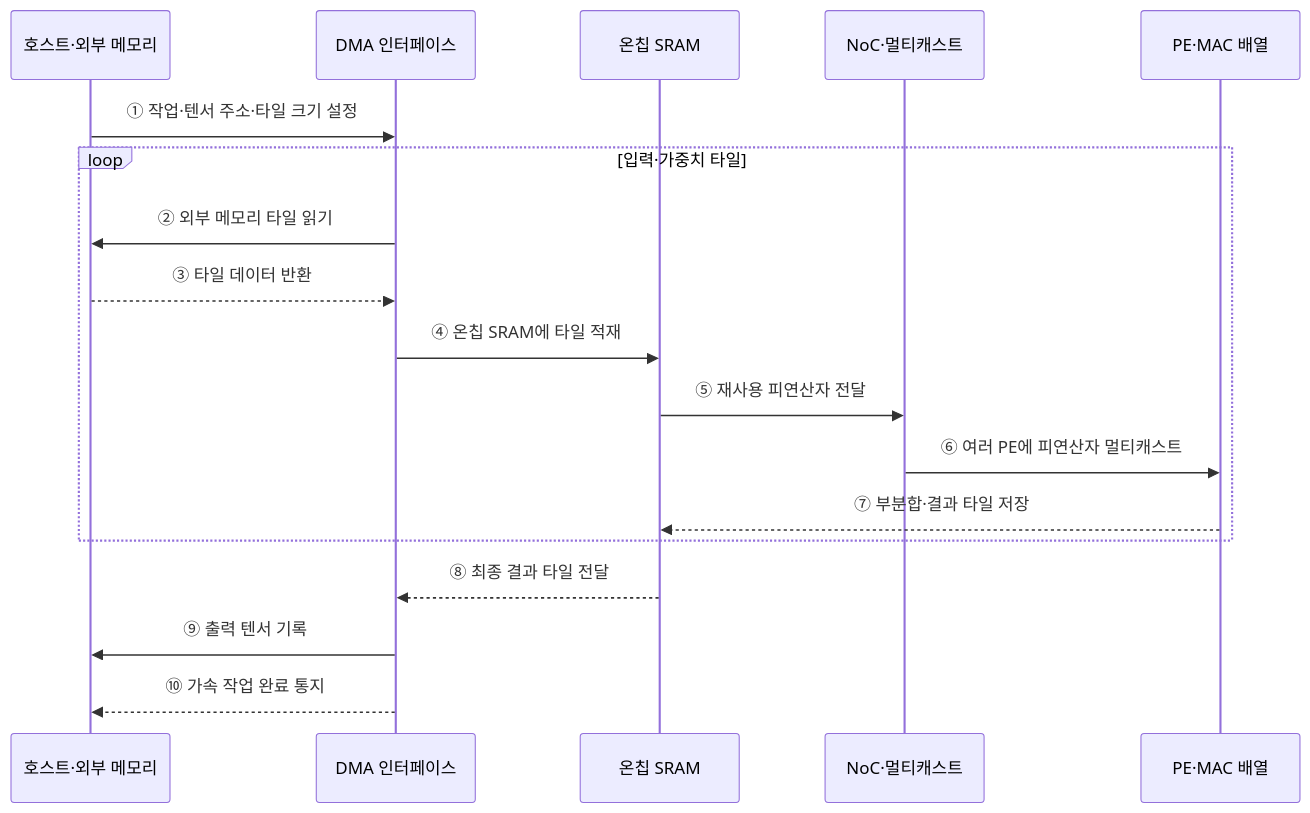
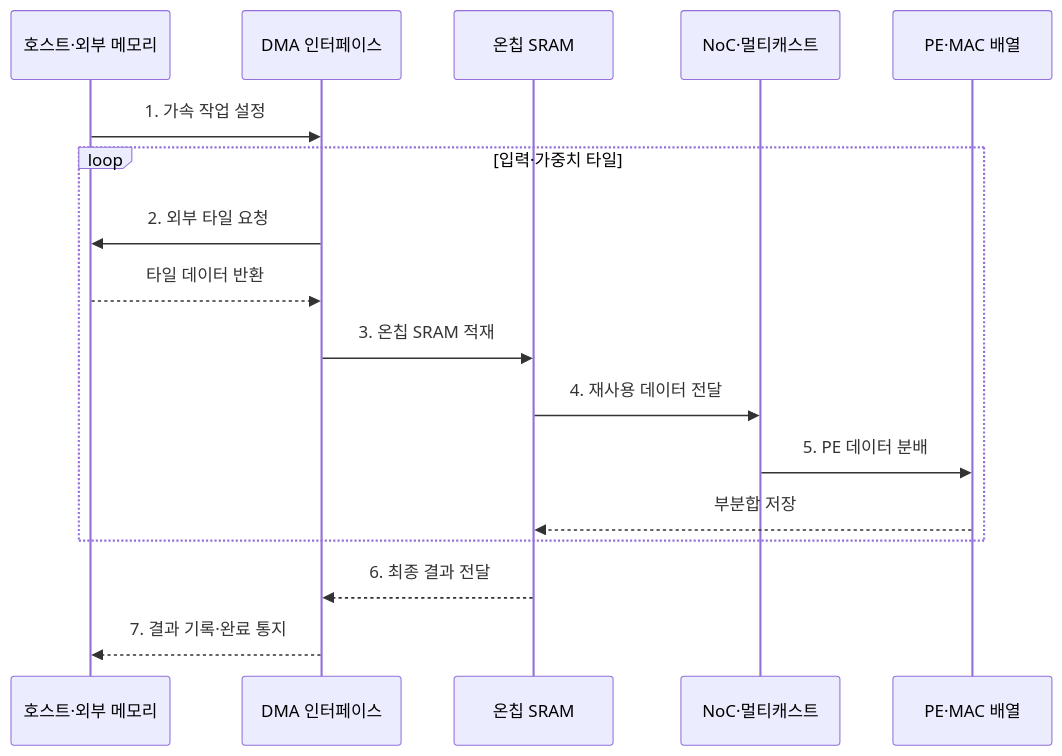
Before and after one commit to agnusdei1207/knowledge-base: the second of 2 diagrams in src/content/docs/notes/02-hardware/040_asic_ai_acceleration.md, drawn with Mermaid. The commit also changed other lines of this file and 20 other files, not shown here.

````diff
--- a/src/content/docs/notes/02-hardware/040_asic_ai_acceleration.md
+++ b/src/content/docs/notes/02-hardware/040_asic_ai_acceleration.md
@@ -84,21 +94,20 @@
 ```mermaid
 sequenceDiagram
     participant H as 호스트·외부 메모리
     participant D as DMA 인터페이스
     participant S as 온칩 SRAM
     participant N as NoC·멀티캐스트
     participant P as PE·MAC 배열
 
-    H->>D: ① 작업·텐서 주소·타일 크기 설정
+    H->>D: 1. 가속 작업 설정
     loop 입력·가중치 타일
-        D->>H: ② 외부 메모리 타일 읽기
-        H-->>D: ③ 타일 데이터 반환
-        D->>S: ④ 온칩 SRAM에 타일 적재
-        S->>N: ⑤ 재사용 피연산자 전달
-        N->>P: ⑥ 여러 PE에 피연산자 멀티캐스트
-        P-->>S: ⑦ 부분합·결과 타일 저장
+        D->>H: 2. 외부 타일 요청
+        H-->>D: 타일 데이터 반환
+        D->>S: 3. 온칩 SRAM 적재
+        S->>N: 4. 재사용 데이터 전달
+        N->>P: 5. PE 데이터 분배
+        P-->>S: 부분합 저장
     end
-    S-->>D: ⑧ 최종 결과 타일 전달
-    D->>H: ⑨ 출력 텐서 기록
-    D-->>H: ⑩ 가속 작업 완료 통지
+    S-->>D: 6. 최종 결과 전달
+    D-->>H: 7. 결과 기록·완료 통지
 ```
````
